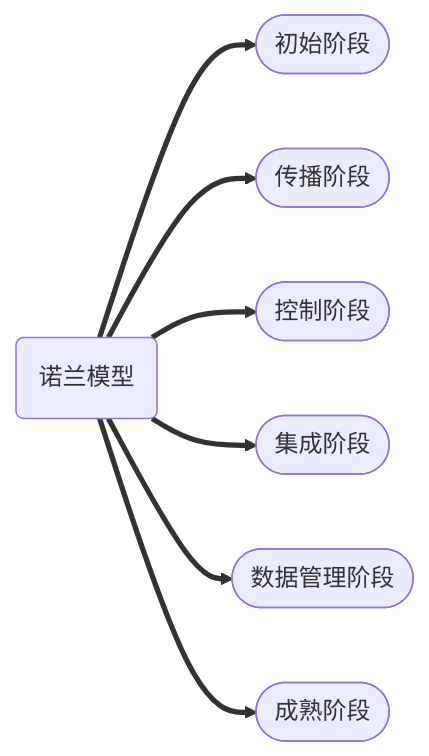
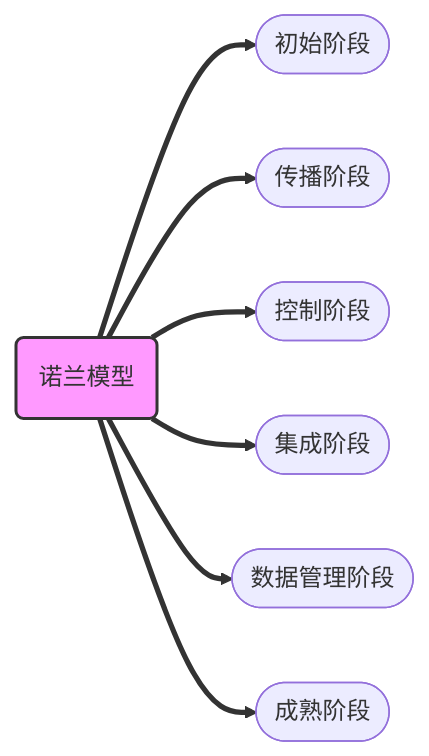
Before and after one commit to Rtoax/test-linux: the second of 2 diagrams in Documentation/ruankao/information-system.rst, drawn with Mermaid. The commit also changed 3 other files, not shown here.

```diff
--- a/Documentation/ruankao/information-system.rst
+++ b/Documentation/ruankao/information-system.rst
@@ -58,10 +58,12 @@
 .. mermaid::
    :caption: 诺兰模型
 
     flowchart LR
         Nolan(诺兰模型) ==> Procedure1([初始阶段])
         Nolan ==> Procedure2([传播阶段])
         Nolan ==> Procedure3([控制阶段])
         Nolan ==> Procedure4([集成阶段])
         Nolan ==> Procedure5([数据管理阶段])
         Nolan ==> Procedure6([成熟阶段])
+
+        style Nolan fill:#f9f,stroke:#333,stroke-width:2px
```
